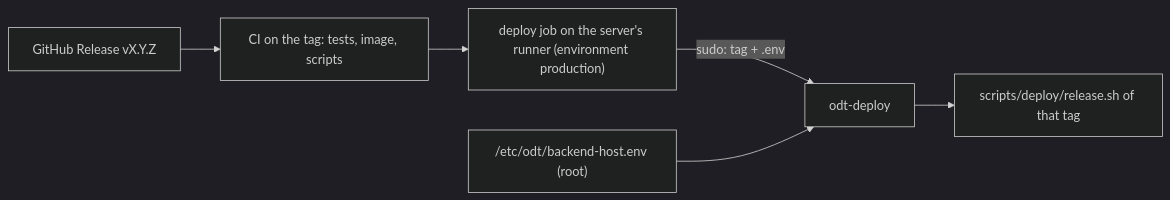
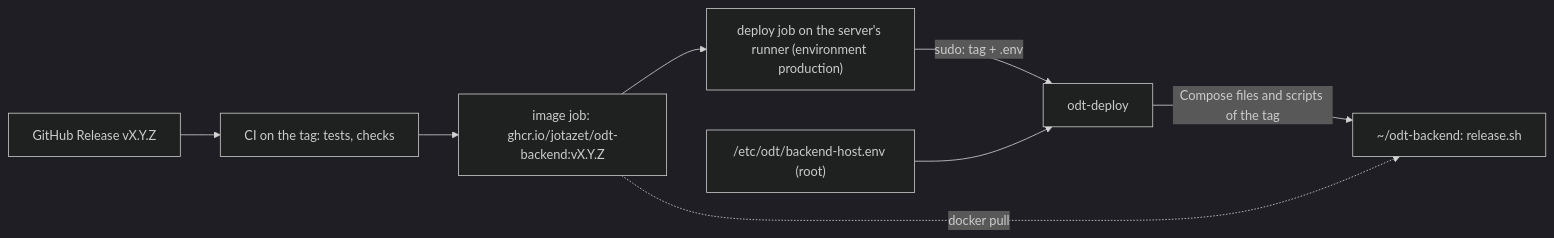
Before and after one commit to jotazet/OtwarteDaneTransportowe-backend: the second of 2 diagrams in docs/deployment.md, drawn with Mermaid (dark theme). The commit also changed other lines of this file and 13 other files, not shown here.

First line of the commit message:
feat(deploy): pull release images from GHCR, no checkout on the server

````diff
--- a/docs/deployment.md
+++ b/docs/deployment.md
@@ -1100,8 +1107,10 @@
 ```mermaid
 flowchart LR
-  rel["GitHub Release vX.Y.Z"] --> ci["CI on the tag: tests, image, scripts"]
-  ci --> job["deploy job on the server's runner (environment production)"]
+  rel["GitHub Release vX.Y.Z"] --> ci["CI on the tag: tests, checks"]
+  ci --> img["image job: ghcr.io/jotazet/odt-backend:vX.Y.Z"]
+  img --> job["deploy job on the server's runner (environment production)"]
   job -->|"sudo: tag + .env"| od["odt-deploy"]
   host["/etc/odt/backend-host.env (root)"] --> od
-  od --> rs["scripts/deploy/release.sh of that tag"]
+  od -->|"Compose files and scripts of the tag"| rs["~/odt-backend: release.sh"]
+  img -.->|docker pull| rs
 ```
````
